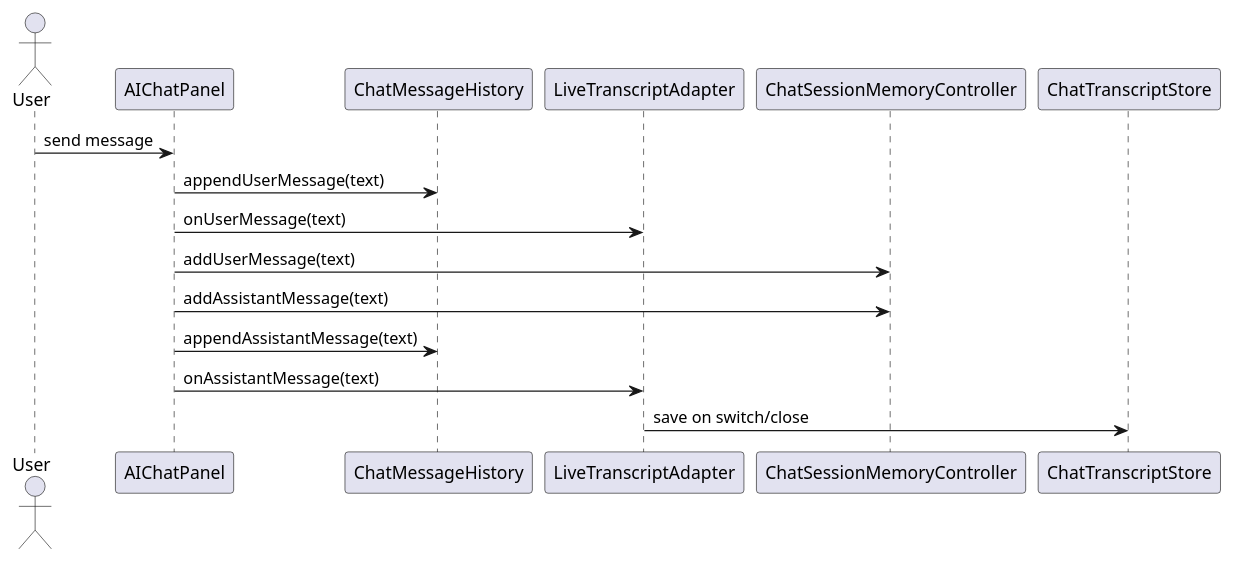
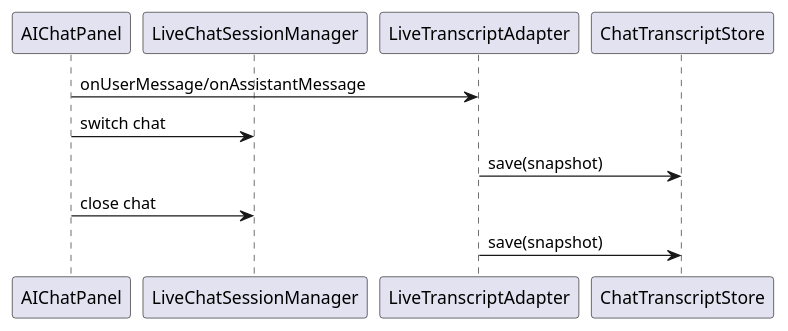
Before and after one commit to guoranjun2/nexordia: the fourth of 7 diagrams in freeplane_plugin_ai/specs/tasks/in-progress/tool-capable-chat-history-transcripts.md, drawn with PlantUML. The commit also changed other lines of this file and 36 other files, not shown here.

Commit message:
2026-01-24-chat-history-transcripts: Refine live chat tracking

````diff
--- a/freeplane_plugin_ai/specs/tasks/in-progress/tool-capable-chat-history-transcripts.md
+++ b/freeplane_plugin_ai/specs/tasks/in-progress/tool-capable-chat-history-transcripts.md
@@ -339,20 +213,13 @@
-    ```plantuml
-    @startuml
-    actor User
-    participant AIChatPanel
-    participant ChatMessageHistory
-    participant LiveTranscriptAdapter
-    participant ChatSessionMemoryController
-    participant ChatTranscriptStore
-
-    User -> AIChatPanel : send message
-    AIChatPanel -> ChatMessageHistory : appendUserMessage(text)
-    AIChatPanel -> LiveTranscriptAdapter : onUserMessage(text)
-    AIChatPanel -> ChatSessionMemoryController : addUserMessage(text)
-
-    AIChatPanel -> ChatSessionMemoryController : addAssistantMessage(text)
-    AIChatPanel -> ChatMessageHistory : appendAssistantMessage(text)
-    AIChatPanel -> LiveTranscriptAdapter : onAssistantMessage(text)
-    LiveTranscriptAdapter -> ChatTranscriptStore : save on switch/close
-    @enduml
-    ```
+  ```plantuml
+  @startuml
+  participant AIChatPanel
+  participant LiveChatSessionManager
+  participant LiveTranscriptAdapter
+  participant ChatTranscriptStore
+  AIChatPanel -> LiveTranscriptAdapter : onUserMessage/onAssistantMessage
+  AIChatPanel -> LiveChatSessionManager : switch chat
+  LiveTranscriptAdapter -> ChatTranscriptStore : save(snapshot)
+  AIChatPanel -> LiveChatSessionManager : close chat
+  LiveTranscriptAdapter -> ChatTranscriptStore : save(snapshot)
+  @enduml
+  ```
````
